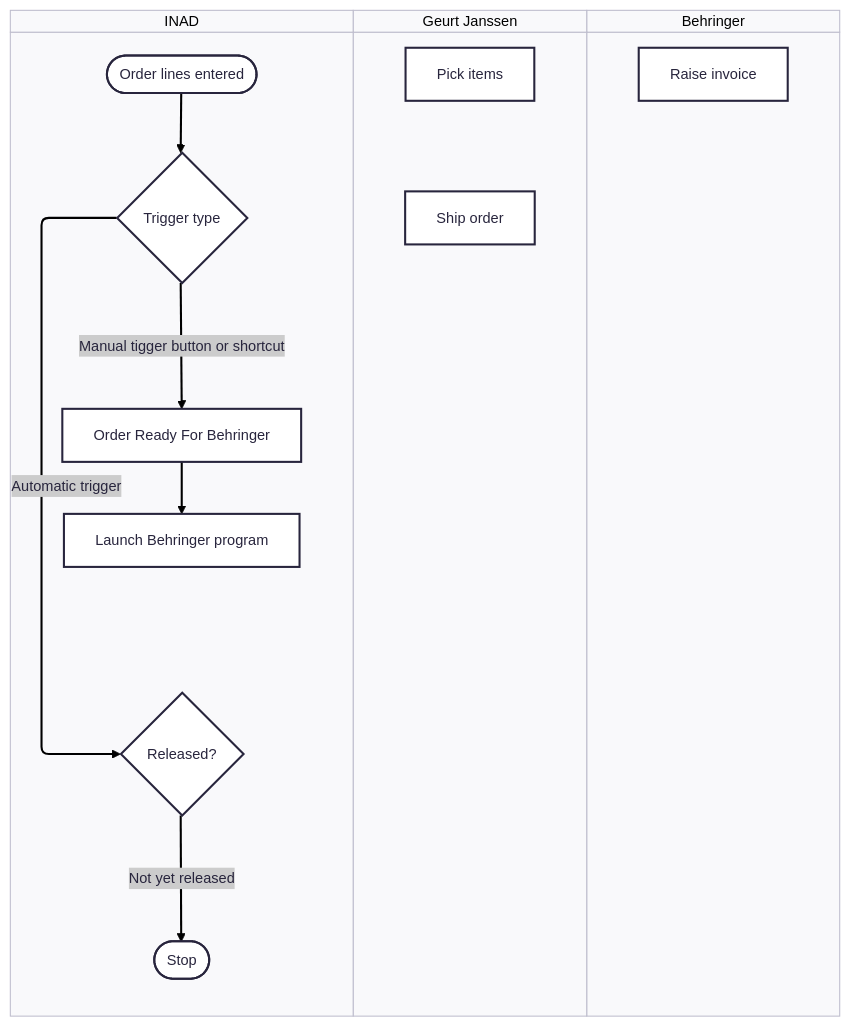
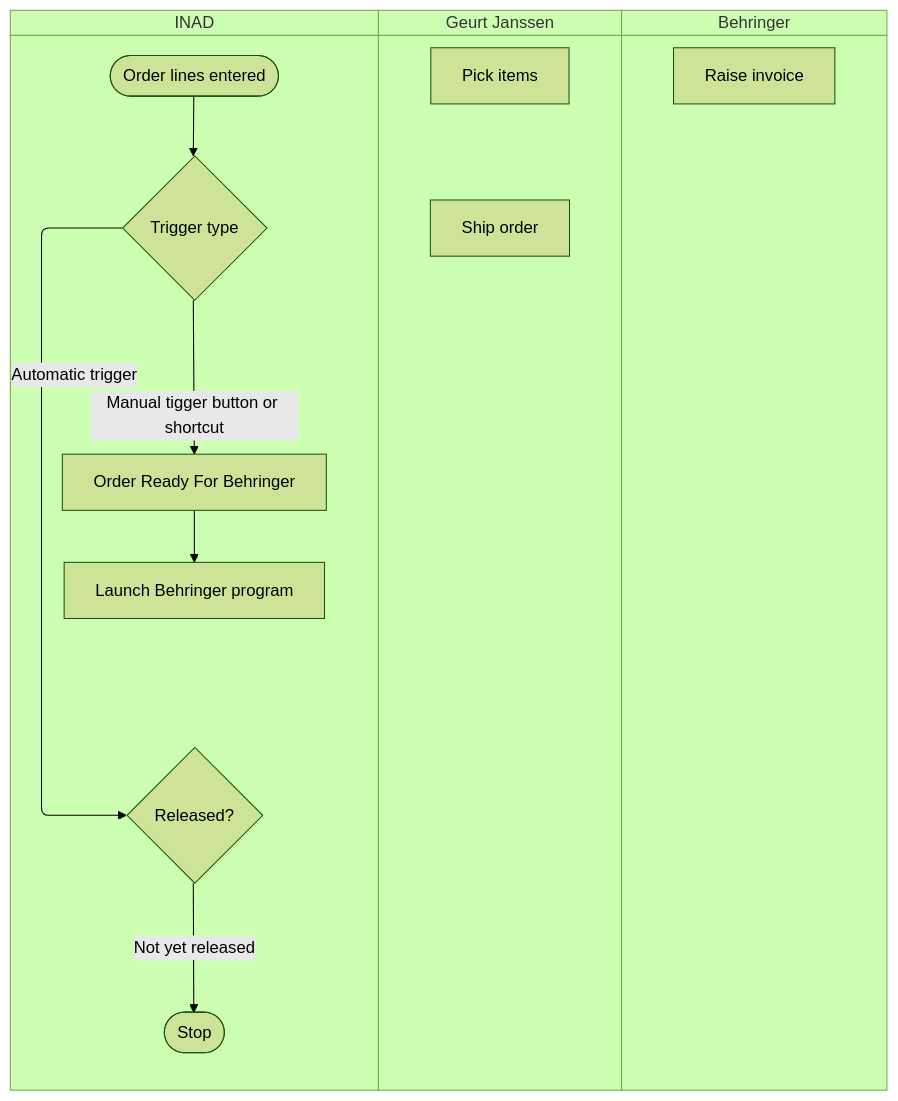
The diagram in README.md (tmloosbr/inadbehringer), drawn with Mermaid before and after one commit. The commit also changed other lines of this file, not shown here.

````diff
--- a/README.md
+++ b/README.md
@@ -3,30 +3,29 @@
 ```mermaid
 ---
 config:
-  theme: redux
+  theme: forest
 ---
 
 
 swimlane-beta TB
   subgraph INAD
     OrderLinesEntered([Order lines entered])
     TriggerType{Trigger type}
 Released{Released?}
 OrderReadyForBehringer[Order Ready For Behringer]
 LaunchBehringerProgram[Launch Behringer program]
 Stop([Stop])
   end
   subgraph Geurt Janssen
     Pick[Pick items]
     Ship[Ship order]
   end
   subgraph Behringer
     Invoice[Raise invoice]
   end
 OrderLinesEntered --> TriggerType
 TriggerType --> |Automatic trigger| Released
 TriggerType --> |Manual tigger button or shortcut| OrderReadyForBehringer
 Released --> |Not yet released| Stop 
 OrderReadyForBehringer --> LaunchBehringerProgram
-
 ```
````
